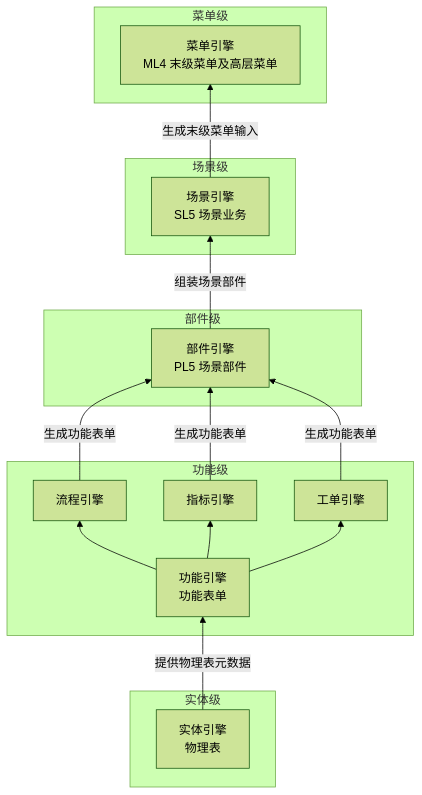
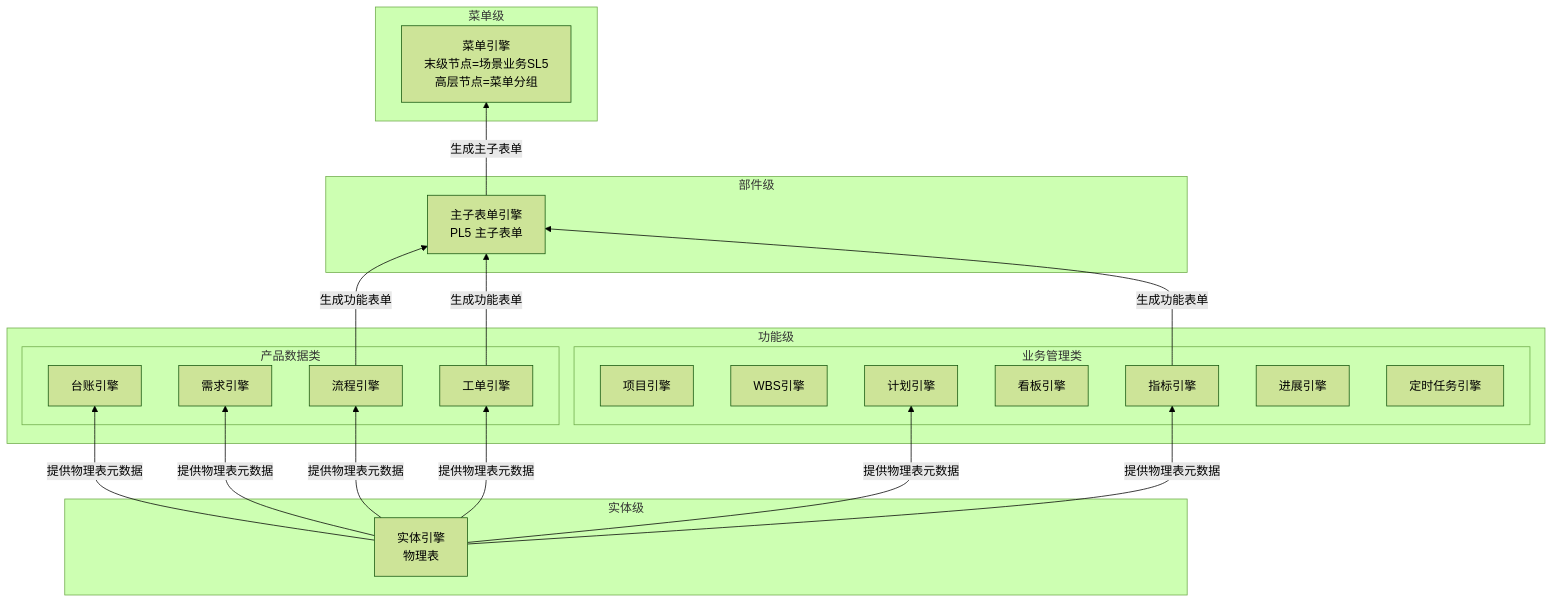
The diagram in 20-pl4eos/80-pl4eos-2-eosdata/25-eos-engine-models.md (Yongjunzhou/AOS-system-design), drawn with Mermaid (forest theme) before and after one commit. The commit also changed other lines of this file, not shown here.

````diff
--- a/20-pl4eos/80-pl4eos-2-eosdata/25-eos-engine-models.md
+++ b/20-pl4eos/80-pl4eos-2-eosdata/25-eos-engine-models.md
@@ -41,30 +41,39 @@
 ```mermaid
 graph BT
   subgraph 实体级
     ENTITY[实体引擎<br/>物理表]
   end
   subgraph 功能级
-    FUNC[功能引擎<br/>功能表单]
-    FLOW[流程引擎]
-    IND[指标引擎]
-    WO[工单引擎]
+    subgraph 产品数据类
+      LEDGER[台账引擎]
+      REQ[需求引擎]
+      FLOW[流程引擎]
+      WO[工单引擎]
+    end
+    subgraph 业务管理类
+      PROJ[项目引擎]
+      WBS[WBS引擎]
+      TASK[计划引擎]
+      KANBAN[看板引擎]
+      IND[指标引擎]
+      PROG[进展引擎]
+      SCH[定时任务引擎]
+    end
   end
   subgraph 部件级
-    COMP[部件引擎<br/>PL5 场景部件]
-  end
-  subgraph 场景级
-    SCENE[场景引擎<br/>SL5 场景业务]
+    COMP[主子表单引擎<br/>PL5 主子表单]
   end
   subgraph 菜单级
-    MENU[菜单引擎<br/>ML4 末级菜单及高层菜单]
+    MENU[菜单引擎<br/>末级节点=场景业务SL5<br/>高层节点=菜单分组]
   end
-  ENTITY -->|提供物理表元数据| FUNC
-  FUNC --> FLOW
-  FUNC --> IND
-  FUNC --> WO
+  ENTITY -->|提供物理表元数据| FLOW
+  ENTITY -->|提供物理表元数据| WO
+  ENTITY -->|提供物理表元数据| LEDGER
+  ENTITY -->|提供物理表元数据| REQ
+  ENTITY -->|提供物理表元数据| IND
+  ENTITY -->|提供物理表元数据| TASK
   FLOW -->|生成功能表单| COMP
+  WO -->|生成功能表单| COMP
   IND -->|生成功能表单| COMP
-  WO -->|生成功能表单| COMP
-  COMP -->|组装场景部件| SCENE
-  SCENE -->|生成末级菜单输入| MENU
+  COMP -->|生成主子表单| MENU
 ```
````
